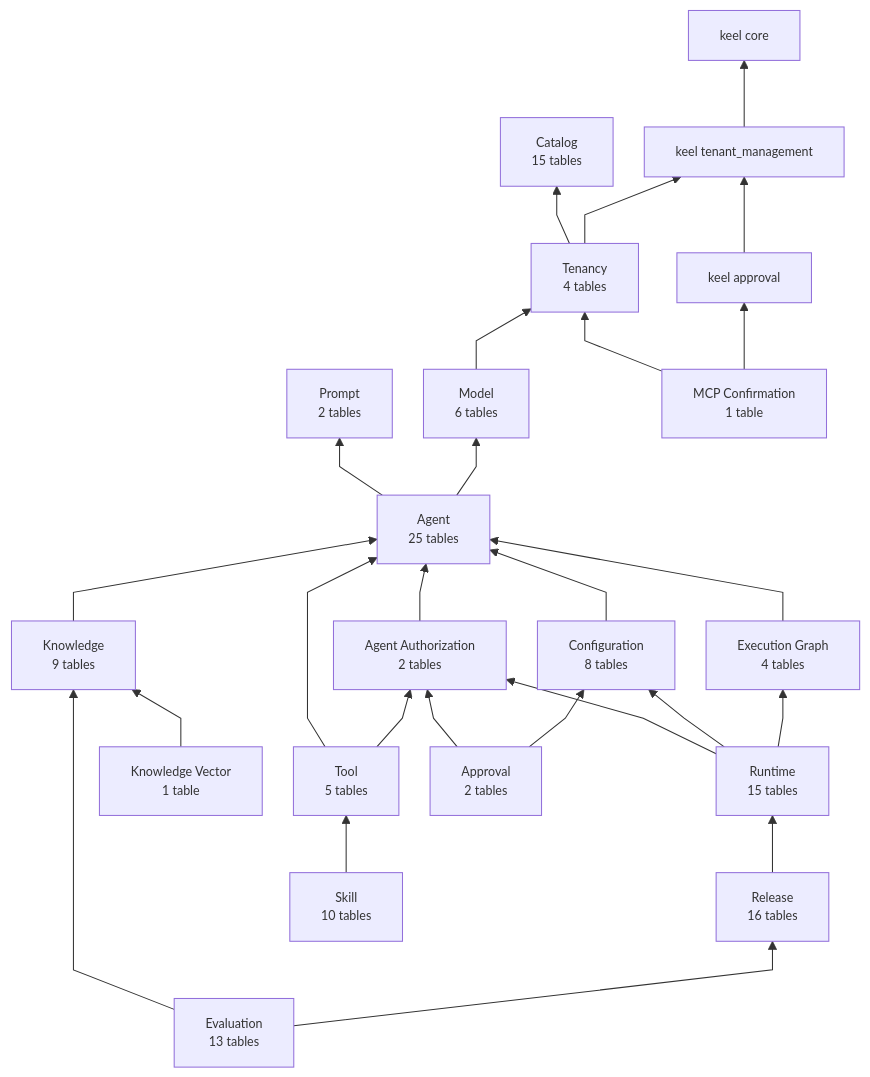
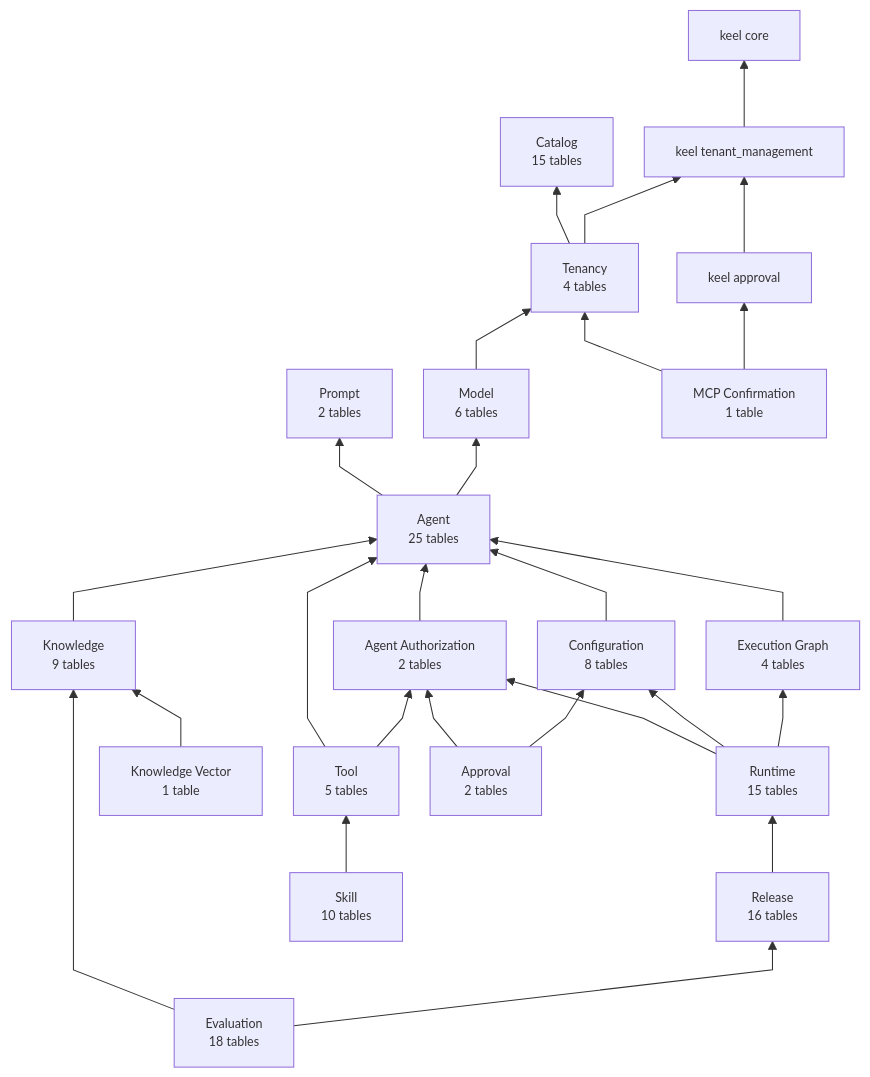
One commit to nauticana/scout changed the first of 21 diagrams in doc/database.md. Above: the diagram before and after it, drawn with Mermaid. The commit also changed other lines of this file and 113 other files, not shown here.

````diff
--- a/doc/database.md
+++ b/doc/database.md
@@ -21,51 +21,51 @@
 ```mermaid
 %%{init: {"flowchart": {"curve": "linear", "nodeSpacing": 30, "rankSpacing": 55, "diagramPadding": 12}, "themeVariables": {"fontSize": "12px"}}}%%
 flowchart BT
 
     tenant_management --> core
     tenancy --> catalog
     tenancy --> tenant_management
     model --> tenancy
     agent --> prompt
     agent --> model
     tool --> agent
     tool --> agent_authorization_module
     knowledge --> agent
     configuration_module --> agent
     execution_graph_module --> agent
     agent_authorization_module --> agent
     knowledge_vector --> knowledge
     runtime --> agent_authorization_module
     runtime --> configuration_module
     runtime --> execution_graph_module
     release --> runtime
     evaluation --> knowledge
     evaluation --> release
     approval --> agent_authorization_module
     approval --> configuration_module
     skill --> tool
     mcp_confirmation --> tenancy
     mcp_confirmation --> keel_approval
     keel_approval --> tenant_management
 
     core["keel core"]
     tenant_management["keel tenant_management"]
     keel_approval["keel approval"]
     catalog["Catalog<br/>15 tables"]
     tenancy["Tenancy<br/>4 tables"]
     prompt["Prompt<br/>2 tables"]
     model["Model<br/>6 tables"]
     agent["Agent<br/>25 tables"]
     tool["Tool<br/>5 tables"]
     execution_graph_module["Execution Graph<br/>4 tables"]
     knowledge["Knowledge<br/>9 tables"]
     knowledge_vector["Knowledge Vector<br/>1 table"]
     runtime["Runtime<br/>15 tables"]
     release["Release<br/>16 tables"]
-    evaluation["Evaluation<br/>13 tables"]
+    evaluation["Evaluation<br/>18 tables"]
     agent_authorization_module["Agent Authorization<br/>2 tables"]
     configuration_module["Configuration<br/>8 tables"]
     approval["Approval<br/>2 tables"]
     skill["Skill<br/>10 tables"]
     mcp_confirmation["MCP Confirmation<br/>1 table"]
 ```
````
